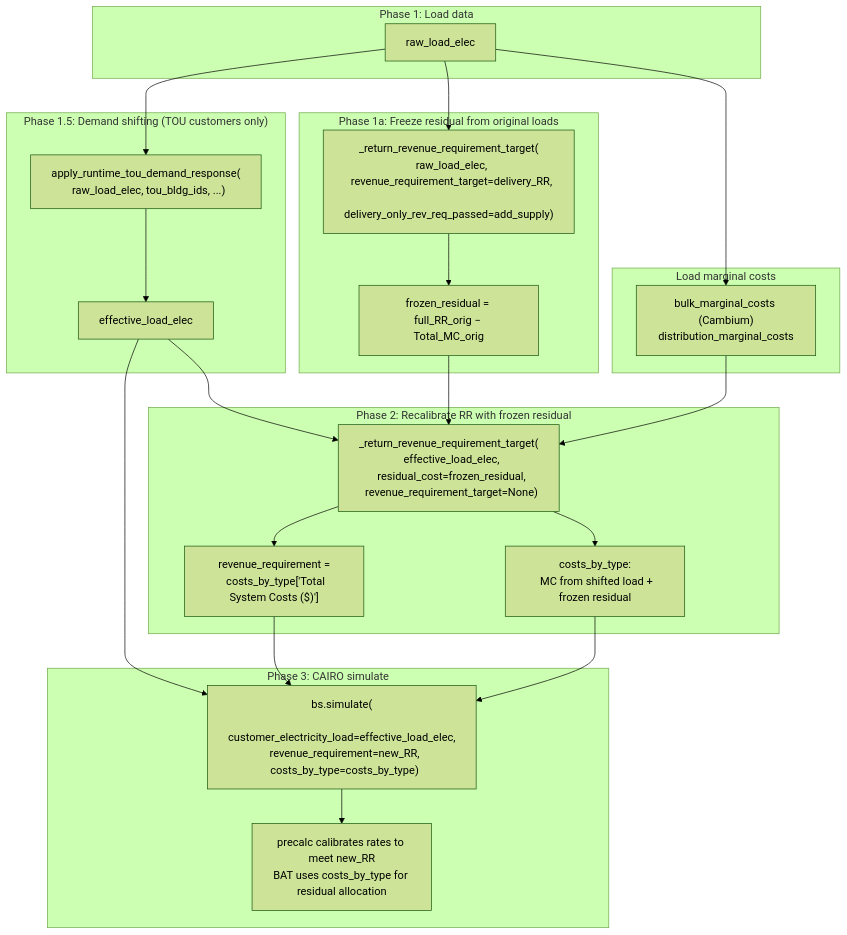
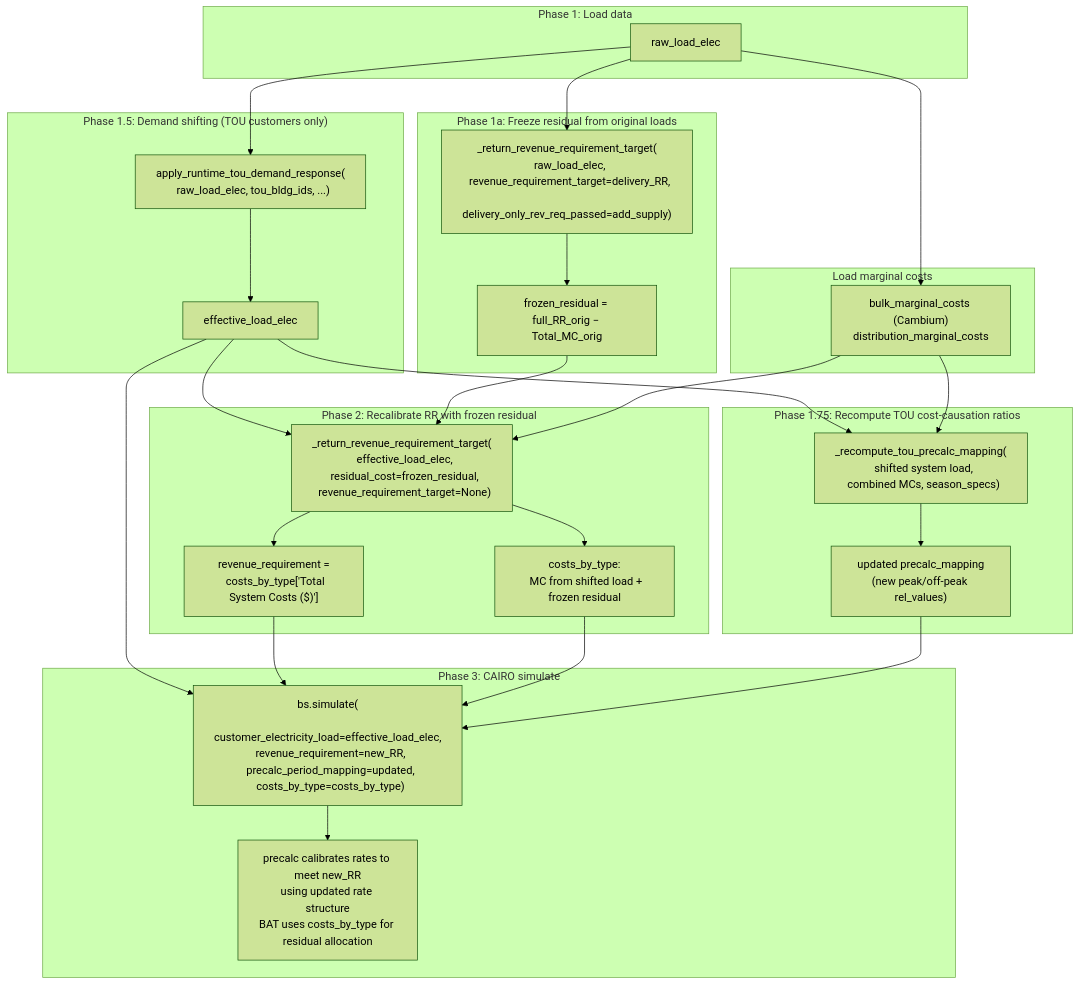
One commit to switchbox-data/rate-design-platform changed the diagram in context/tools/cairo_demand_flexibility_workflow.md. Above: the diagram before and after it, drawn with Mermaid (forest theme). The commit also changed other lines of this file and 1 other file, not shown here.

Commit message:
Recompute TOU cost-causation ratios from shifted load before precalc

````diff
--- a/context/tools/cairo_demand_flexibility_workflow.md
+++ b/context/tools/cairo_demand_flexibility_workflow.md
@@ -46,35 +46,42 @@
 ```mermaid
 flowchart TD
     subgraph phase1 ["Phase 1: Load data"]
         A[raw_load_elec]
     end
 
     subgraph mc ["Load marginal costs"]
         A --> MC["bulk_marginal_costs (Cambium)\ndistribution_marginal_costs"]
     end
 
     subgraph phase1a ["Phase 1a: Freeze residual from original loads"]
         A --> B["_return_revenue_requirement_target(\n  raw_load_elec,\n  revenue_requirement_target=delivery_RR,\n  delivery_only_rev_req_passed=add_supply)"]
         B --> C["frozen_residual = full_RR_orig − Total_MC_orig"]
     end
 
     subgraph phase1b ["Phase 1.5: Demand shifting (TOU customers only)"]
         A --> D["apply_runtime_tou_demand_response(\n  raw_load_elec, tou_bldg_ids, ...)"]
         D --> E[effective_load_elec]
     end
 
+    subgraph phase175 ["Phase 1.75: Recompute TOU cost-causation ratios"]
+        E --> CC["_recompute_tou_precalc_mapping(\n  shifted system load,\n  combined MCs, season_specs)"]
+        MC --> CC
+        CC --> PM["updated precalc_mapping\n(new peak/off-peak rel_values)"]
+    end
+
     subgraph phase2 ["Phase 2: Recalibrate RR with frozen residual"]
         E --> F["_return_revenue_requirement_target(\n  effective_load_elec,\n  residual_cost=frozen_residual,\n  revenue_requirement_target=None)"]
         C --> F
         MC --> F
         F --> G["costs_by_type:\n  MC from shifted load + frozen residual"]
         F --> H["revenue_requirement =\n  costs_by_type['Total System Costs ($)']"]
     end
 
     subgraph phase3 ["Phase 3: CAIRO simulate"]
-        E --> I["bs.simulate(\n  customer_electricity_load=effective_load_elec,\n  revenue_requirement=new_RR,\n  costs_by_type=costs_by_type)"]
+        E --> I["bs.simulate(\n  customer_electricity_load=effective_load_elec,\n  revenue_requirement=new_RR,\n  precalc_period_mapping=updated,\n  costs_by_type=costs_by_type)"]
         H --> I
         G --> I
-        I --> J["precalc calibrates rates to meet new_RR\nBAT uses costs_by_type for residual allocation"]
+        PM --> I
+        I --> J["precalc calibrates rates to meet new_RR\nusing updated rate structure\nBAT uses costs_by_type for residual allocation"]
     end
 ```
````
